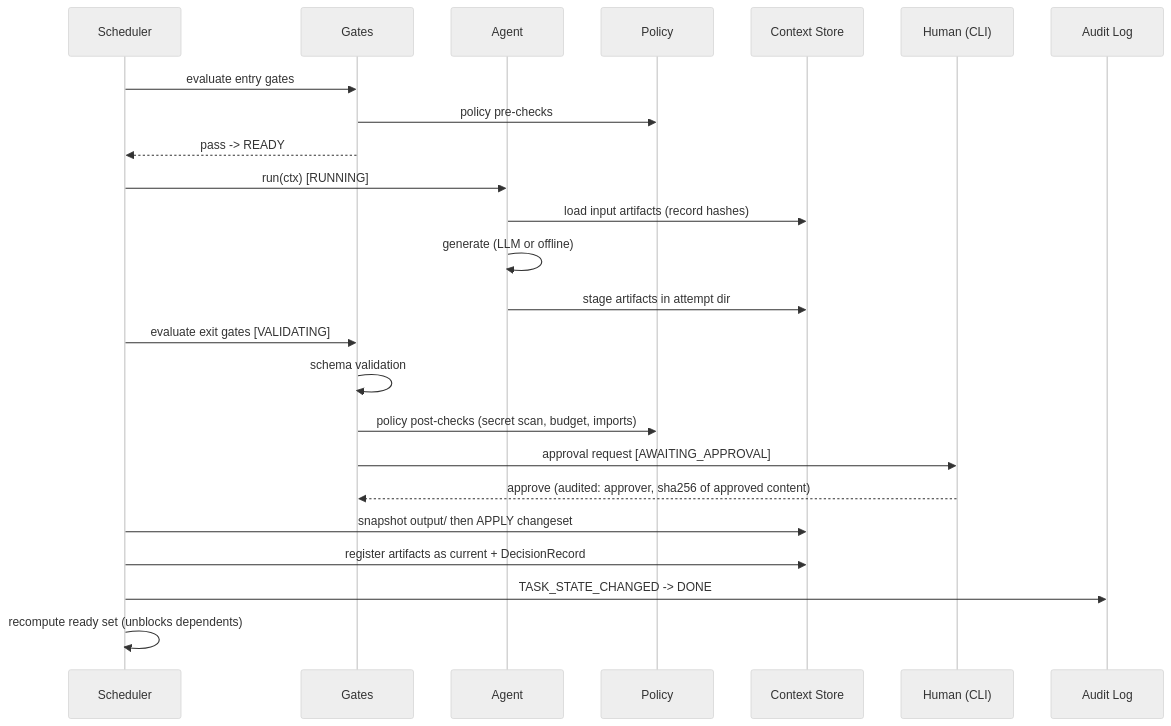
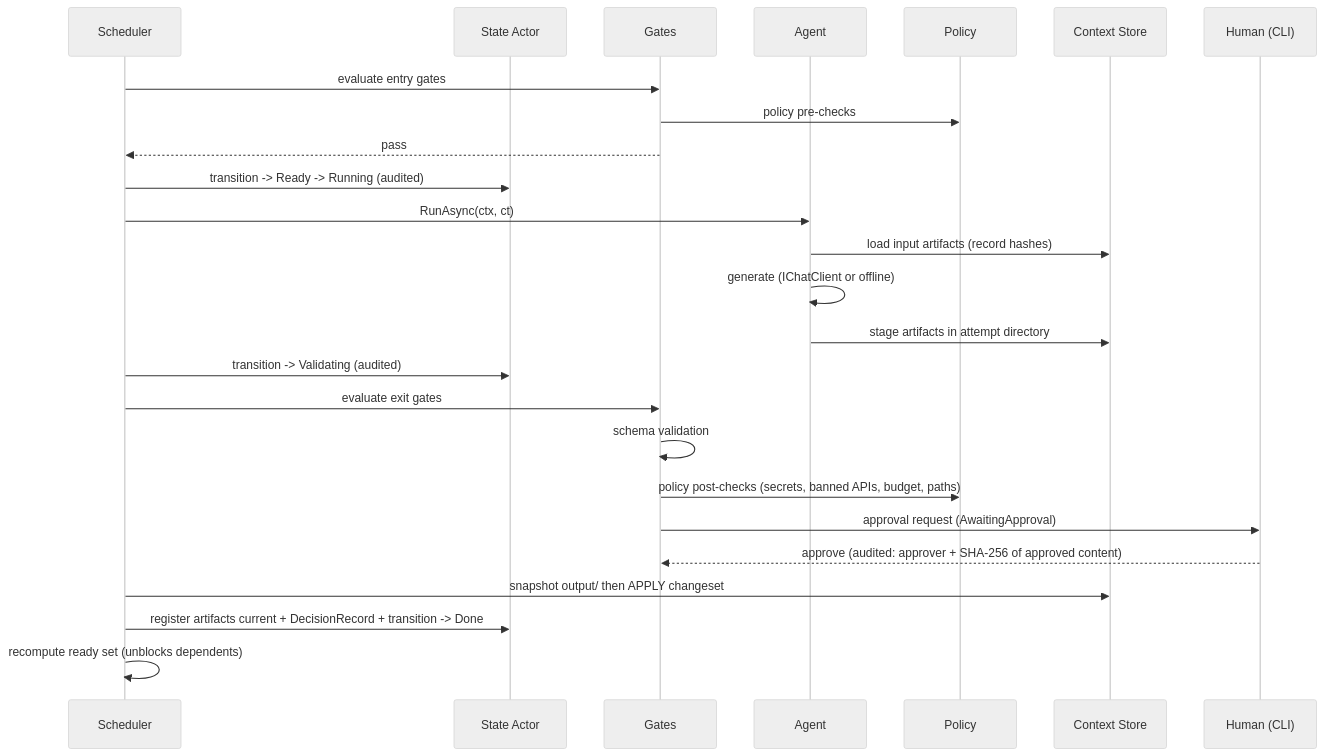
Before and after one commit to 2bhupesh/CharlesS: the fourth of 4 diagrams in docs/ARCHITECTURE.md, drawn with Mermaid (neutral theme). The commit also changed other lines of this file and 2 other files, not shown here.

Commit message:
Implement  updates releted to .net architectural documentation

````diff
--- a/docs/ARCHITECTURE.md
+++ b/docs/ARCHITECTURE.md
@@ -223,27 +242,28 @@
 ```mermaid
 sequenceDiagram
     participant S as Scheduler
+    participant AC as State Actor
     participant G as Gates
     participant A as Agent
     participant P as Policy
     participant C as Context Store
     participant H as Human (CLI)
-    participant L as Audit Log
 
     S->>G: evaluate entry gates
     G->>P: policy pre-checks
-    G-->>S: pass -> READY
-    S->>A: run(ctx)  [RUNNING]
+    G-->>S: pass
+    S->>AC: transition -> Ready -> Running (audited)
+    S->>A: RunAsync(ctx, ct)
     A->>C: load input artifacts (record hashes)
-    A->>A: generate (LLM or offline)
-    A->>C: stage artifacts in attempt dir
-    S->>G: evaluate exit gates  [VALIDATING]
+    A->>A: generate (IChatClient or offline)
+    A->>C: stage artifacts in attempt directory
+    S->>AC: transition -> Validating (audited)
+    S->>G: evaluate exit gates
     G->>G: schema validation
-    G->>P: policy post-checks (secret scan, budget, imports)
-    G->>H: approval request  [AWAITING_APPROVAL]
-    H-->>G: approve (audited: approver, sha256 of approved content)
+    G->>P: policy post-checks (secrets, banned APIs, budget, paths)
+    G->>H: approval request (AwaitingApproval)
+    H-->>G: approve (audited: approver + SHA-256 of approved content)
     S->>C: snapshot output/ then APPLY changeset
-    S->>C: register artifacts as current + DecisionRecord
-    S->>L: TASK_STATE_CHANGED -> DONE
+    S->>AC: register artifacts current + DecisionRecord + transition -> Done
     S->>S: recompute ready set (unblocks dependents)
 ```
````
